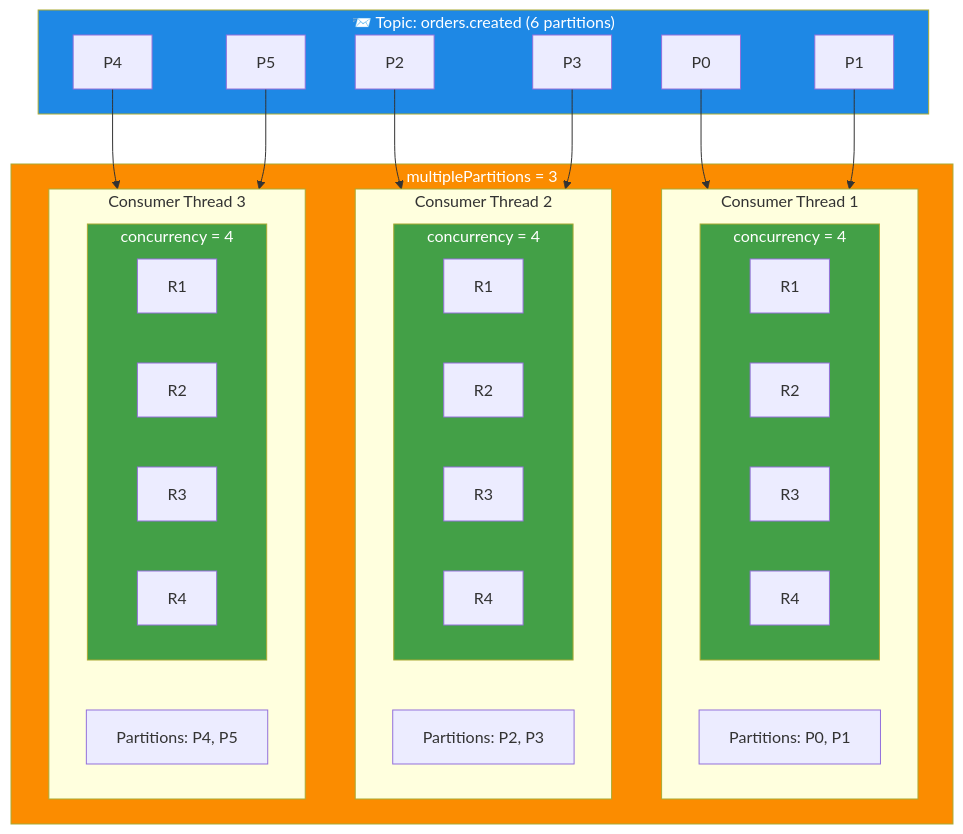
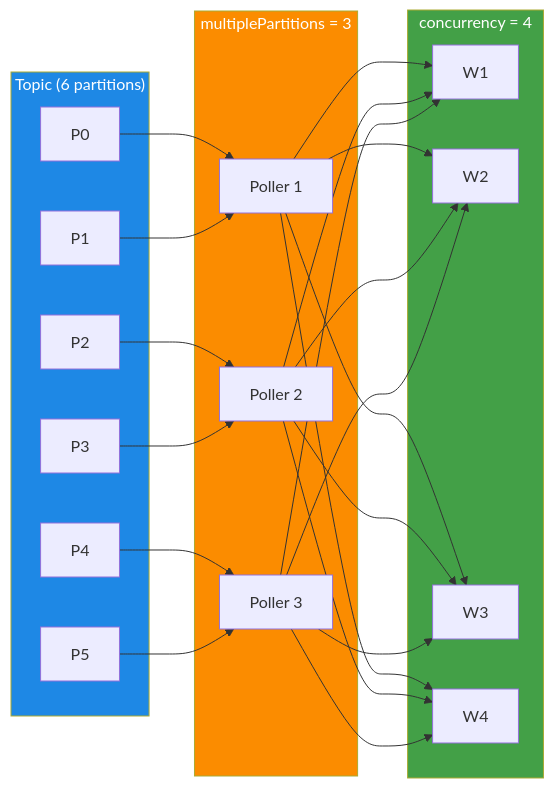
The third of 4 diagrams in README.md (osoykan/kafka-kit), drawn with Mermaid before and after one commit. The commit also changed other lines of this file, not shown here.

````diff
--- a/README.md
+++ b/README.md
@@ -191,42 +225,25 @@
 ```mermaid
-flowchart TB
-    subgraph Topic["📨 Topic: orders.created (6 partitions)"]
-        P0[P0] & P1[P1] & P2[P2] & P3[P3] & P4[P4] & P5[P5]
+flowchart LR
+    subgraph Topic["Topic (6 partitions)"]
+        P0["P0"] & P1["P1"] & P2["P2"] & P3["P3"] & P4["P4"] & P5["P5"]
     end
 
-    subgraph Container["multiplePartitions = 3"]
-        subgraph C1["Consumer Thread 1"]
-            C1P["Partitions: P0, P1"]
-            subgraph C1Flow["concurrency = 4"]
-                direction LR
-                C1R1["R1"] & C1R2["R2"] & C1R3["R3"] & C1R4["R4"]
-            end
-        end
-        
-        subgraph C2["Consumer Thread 2"]
-            C2P["Partitions: P2, P3"]
-            subgraph C2Flow["concurrency = 4"]
-                direction LR
-                C2R1["R1"] & C2R2["R2"] & C2R3["R3"] & C2R4["R4"]
-            end
-        end
-        
-        subgraph C3["Consumer Thread 3"]
-            C3P["Partitions: P4, P5"]
-            subgraph C3Flow["concurrency = 4"]
-                direction LR
-                C3R1["R1"] & C3R2["R2"] & C3R3["R3"] & C3R4["R4"]
-            end
-        end
+    subgraph Polling["multiplePartitions = 3"]
+        PT1["Poller 1"]
+        PT2["Poller 2"]
+        PT3["Poller 3"]
     end
 
-    P0 & P1 --> C1
-    P2 & P3 --> C2
-    P4 & P5 --> C3
+    subgraph Processing["concurrency = 4"]
+        W1["W1"] & W2["W2"] & W3["W3"] & W4["W4"]
+    end
+
+    P0 & P1 --> PT1
+    P2 & P3 --> PT2
+    P4 & P5 --> PT3
+    PT1 & PT2 & PT3 --> W1 & W2 & W3 & W4
 
     style Topic fill:#1e88e5,color:#fff
-    style Container fill:#fb8c00,color:#fff
-    style C1Flow fill:#43a047,color:#fff
-    style C2Flow fill:#43a047,color:#fff
-    style C3Flow fill:#43a047,color:#fff
+    style Polling fill:#fb8c00,color:#fff
+    style Processing fill:#43a047,color:#fff
 ```
````
